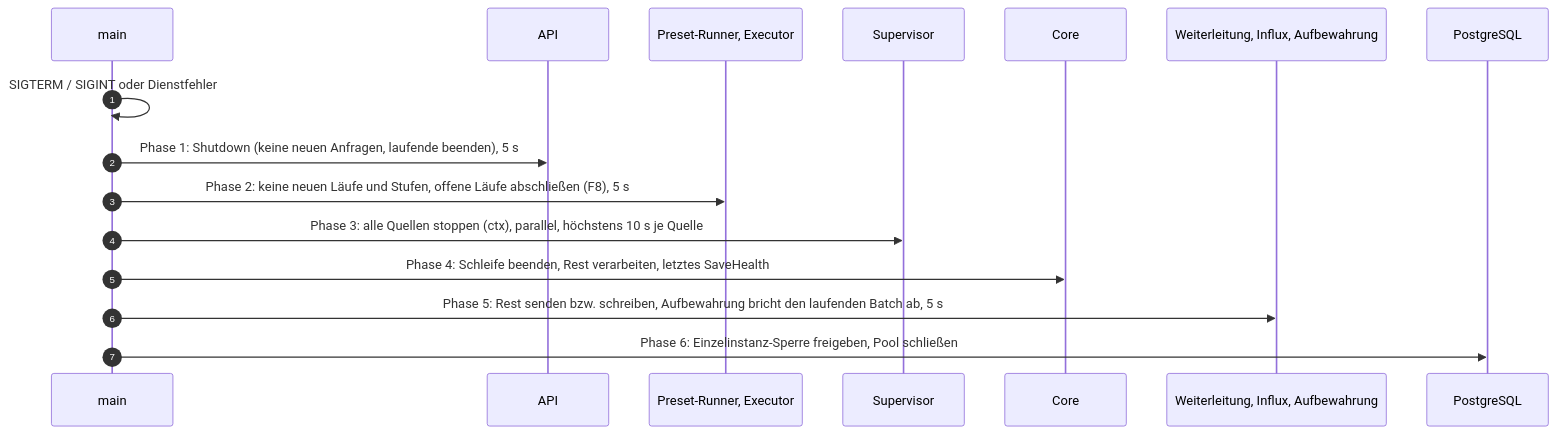
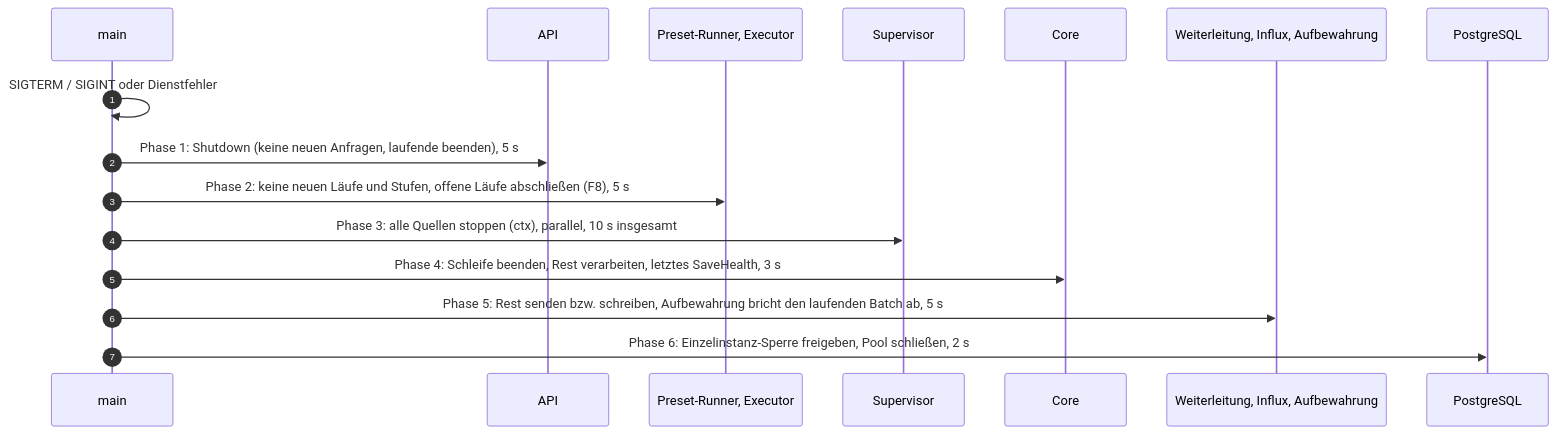
Before and after one commit to lukirs95/monika: the second of 6 diagrams in docs/contracts/flows.md, drawn with Mermaid. The commit also changed other lines of this file and 8 other files, not shown here.

````diff
--- a/docs/contracts/flows.md
+++ b/docs/contracts/flows.md
@@ -67,19 +67,19 @@
 ```mermaid
 sequenceDiagram
     autonumber
     participant M as main
     participant A as API
     participant P as Preset-Runner, Executor
     participant Sup as Supervisor
     participant C as Core
     participant X as Weiterleitung, Influx, Aufbewahrung
     participant DB as PostgreSQL
 
     M->>M: SIGTERM / SIGINT oder Dienstfehler
     M->>A: Phase 1: Shutdown (keine neuen Anfragen, laufende beenden), 5 s
     M->>P: Phase 2: keine neuen Läufe und Stufen, offene Läufe abschließen (F8), 5 s
-    M->>Sup: Phase 3: alle Quellen stoppen (ctx), parallel, höchstens 10 s je Quelle
-    M->>C: Phase 4: Schleife beenden, Rest verarbeiten, letztes SaveHealth
+    M->>Sup: Phase 3: alle Quellen stoppen (ctx), parallel, 10 s insgesamt
+    M->>C: Phase 4: Schleife beenden, Rest verarbeiten, letztes SaveHealth, 3 s
     M->>X: Phase 5: Rest senden bzw. schreiben, Aufbewahrung bricht den laufenden Batch ab, 5 s
-    M->>DB: Phase 6: Einzelinstanz-Sperre freigeben, Pool schließen
+    M->>DB: Phase 6: Einzelinstanz-Sperre freigeben, Pool schließen, 2 s
 ```
````
